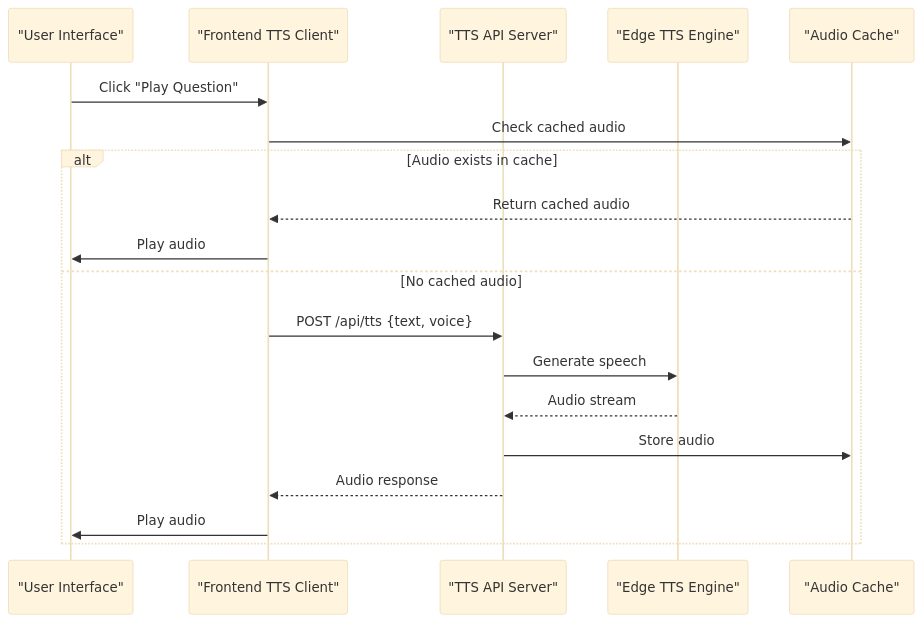
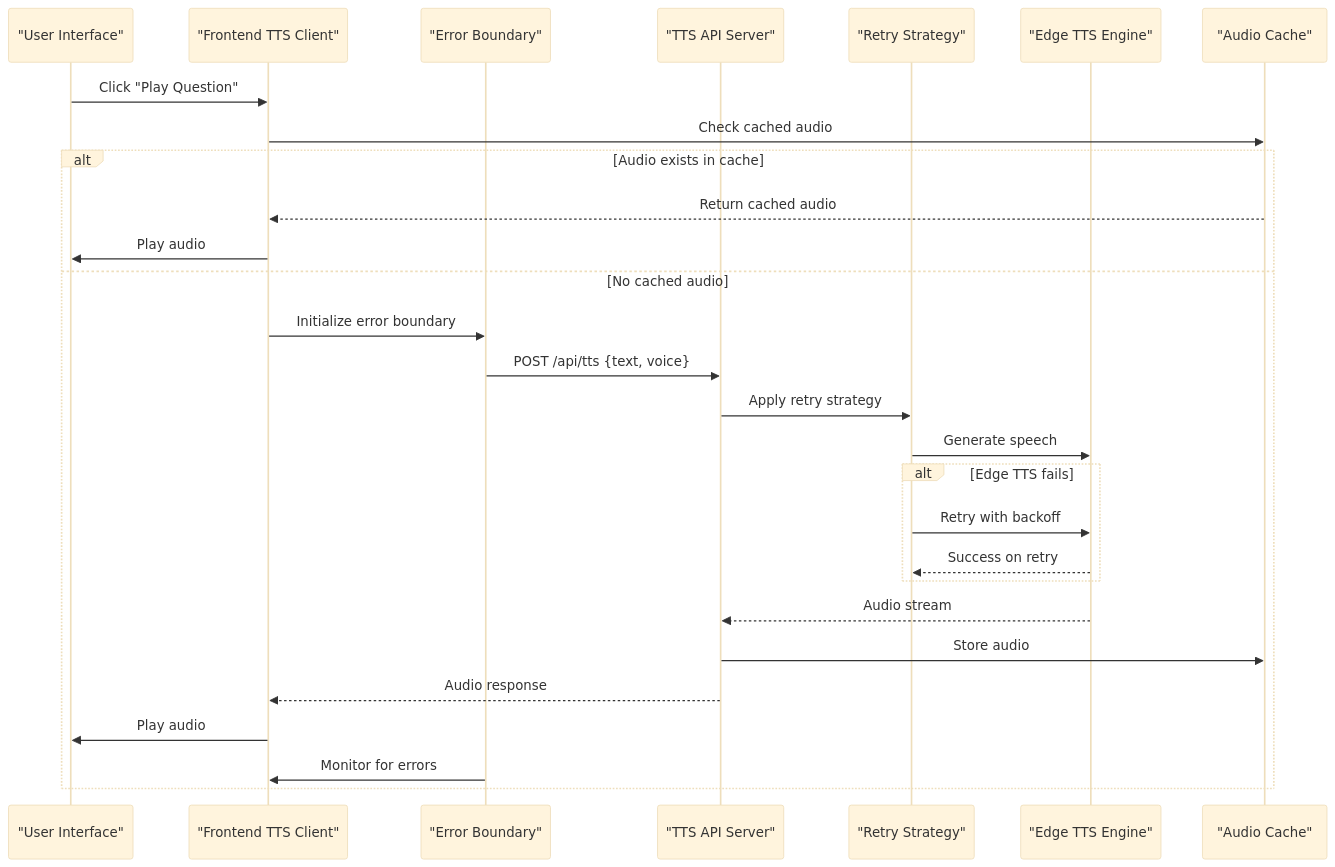
Before and after one commit to zmyeo54/briefroom: the second of 4 diagrams in .qoder/repowiki/en/content/Core Features/Text-to-Speech Integration.md, drawn with Mermaid (base theme). The commit also changed other lines of this file and 7 other files, not shown here.

First line of the commit message:
feat(tts): enhance stability with retry logic and circuit breaker patterns

````diff
--- a/.qoder/repowiki/en/content/Core Features/Text-to-Speech Integration.md
+++ b/.qoder/repowiki/en/content/Core Features/Text-to-Speech Integration.md
@@ -104,21 +115,30 @@
 ```mermaid
 sequenceDiagram
 participant User as "User Interface"
 participant Frontend as "Frontend TTS Client"
+participant ErrorHandler as "Error Boundary"
 participant API as "TTS API Server"
+participant RetryManager as "Retry Strategy"
 participant EdgeTTS as "Edge TTS Engine"
 participant Cache as "Audio Cache"
 User->>Frontend : Click "Play Question"
 Frontend->>Cache : Check cached audio
 alt Audio exists in cache
 Cache-->>Frontend : Return cached audio
 Frontend->>User : Play audio
 else No cached audio
-Frontend->>API : POST /api/tts {text, voice}
-API->>EdgeTTS : Generate speech
+Frontend->>ErrorHandler : Initialize error boundary
+ErrorHandler->>API : POST /api/tts {text, voice}
+API->>RetryManager : Apply retry strategy
+RetryManager->>EdgeTTS : Generate speech
+alt Edge TTS fails
+RetryManager->>EdgeTTS : Retry with backoff
+EdgeTTS-->>RetryManager : Success on retry
+end
 EdgeTTS-->>API : Audio stream
 API->>Cache : Store audio
 API-->>Frontend : Audio response
 Frontend->>User : Play audio
+ErrorHandler->>Frontend : Monitor for errors
 end
 ```
````
